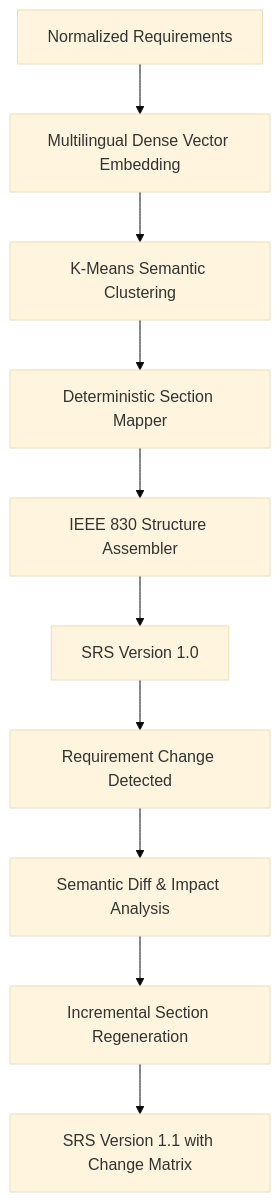
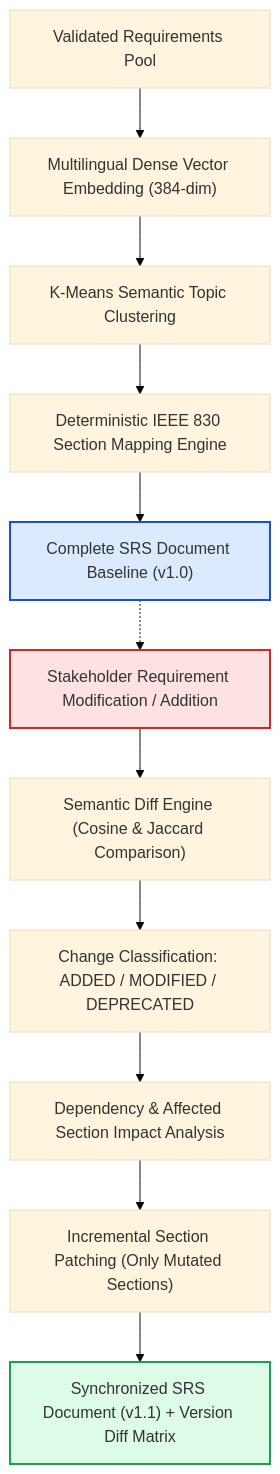
One commit to ValayaDase/Aether changed the fourth of 7 diagrams in PROJECT_RESEARCH_ALGORITHMS_AND_ARCHITECTURE.md. Above: the diagram before and after it, drawn with Mermaid (base theme). The commit also changed other lines of this file, not shown here.

````diff
--- a/PROJECT_RESEARCH_ALGORITHMS_AND_ARCHITECTURE.md
+++ b/PROJECT_RESEARCH_ALGORITHMS_AND_ARCHITECTURE.md
@@ -89,12 +142,18 @@
 ```mermaid
-graph TD
-    A[Normalized Requirements] --> B[Multilingual Dense Vector Embedding]
-    B --> C[K-Means Semantic Clustering]
-    C --> D[Deterministic Section Mapper]
-    D --> E[IEEE 830 Structure Assembler]
-    E --> F[SRS Version 1.0]
-    F --> G[Requirement Change Detected]
-    G --> H[Semantic Diff & Impact Analysis]
-    H --> I[Incremental Section Regeneration]
-    I --> J[SRS Version 1.1 with Change Matrix]
+flowchart TD
+    A["Validated Requirements Pool"] --> B["Multilingual Dense Vector Embedding (384-dim)"]
+    B --> C["K-Means Semantic Topic Clustering"]
+    C --> D["Deterministic IEEE 830 Section Mapping Engine"]
+    D --> E["Complete SRS Document Baseline (v1.0)"]
+    
+    E -.-> ChangeEvent["Stakeholder Requirement Modification / Addition"]
+    ChangeEvent --> F["Semantic Diff Engine (Cosine & Jaccard Comparison)"]
+    F --> G["Change Classification: ADDED / MODIFIED / DEPRECATED"]
+    G --> H["Dependency & Affected Section Impact Analysis"]
+    H --> I["Incremental Section Patching (Only Mutated Sections)"]
+    I --> J["Synchronized SRS Document (v1.1) + Version Diff Matrix"]
+
+    style E fill:#dbeafe,stroke:#1d4ed8,stroke-width:2px
+    style J fill:#dcfce7,stroke:#16a34a,stroke-width:2px
+    style ChangeEvent fill:#fee2e2,stroke:#dc2626,stroke-width:2px
 ```
````
